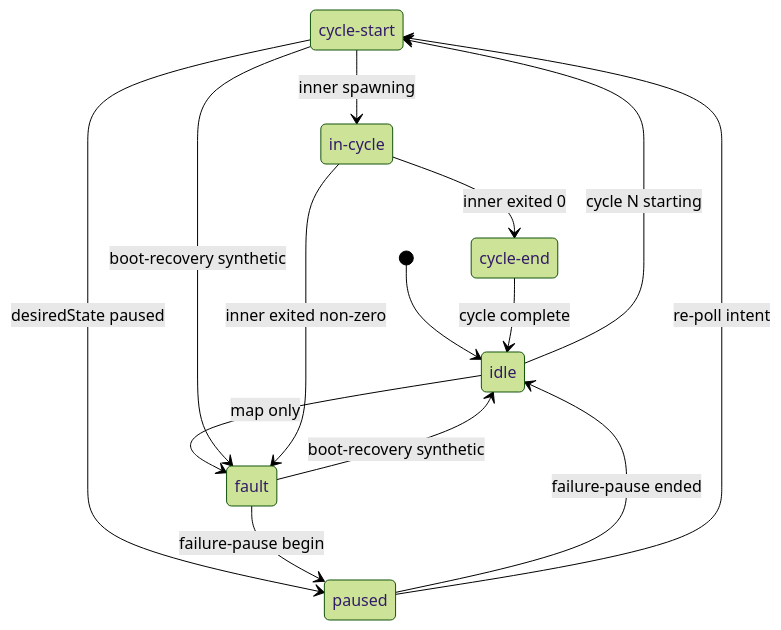
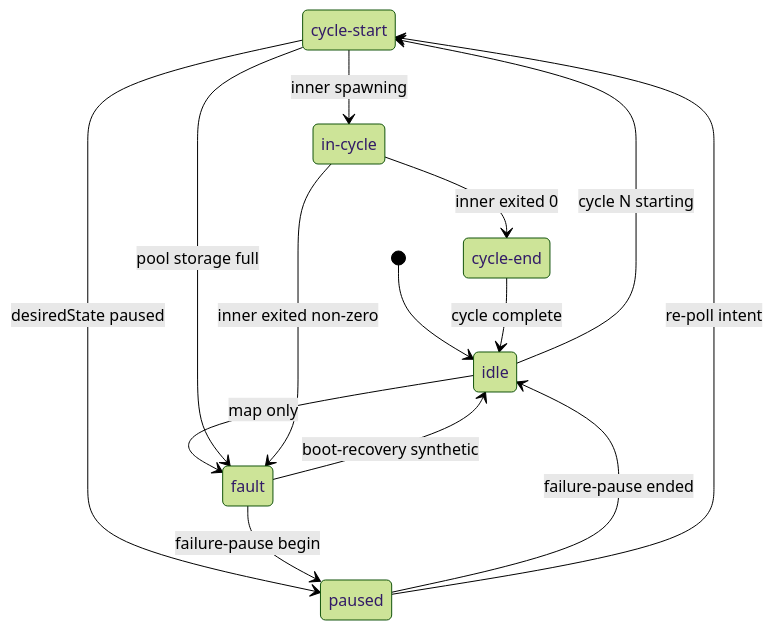
One commit to alissonsol/yuruna changed the first of 3 diagrams in docs/design/04-lifecycle-state.md. Above: the diagram before and after it, drawn with Mermaid (forest theme). The commit also changed other lines of this file and 664 other files, not shown here.

````diff
--- a/docs/design/04-lifecycle-state.md
+++ b/docs/design/04-lifecycle-state.md
@@ -25,19 +25,19 @@
 ```mermaid
 stateDiagram-v2
     state "cycle-start" as cycle_start
     state "in-cycle" as in_cycle
     state "cycle-end" as cycle_end
     [*] --> idle
     idle --> cycle_start : cycle N starting
     idle --> fault : map only
     cycle_start --> in_cycle : inner spawning
-    cycle_start --> fault : boot-recovery synthetic
+    cycle_start --> fault : pool storage full
     cycle_start --> paused : desiredState paused
     in_cycle --> cycle_end : inner exited 0
     in_cycle --> fault : inner exited non-zero
     cycle_end --> idle : cycle complete
     fault --> paused : failure-pause begin
     fault --> idle : boot-recovery synthetic
     paused --> idle : failure-pause ended
     paused --> cycle_start : re-poll intent
 ```
````
